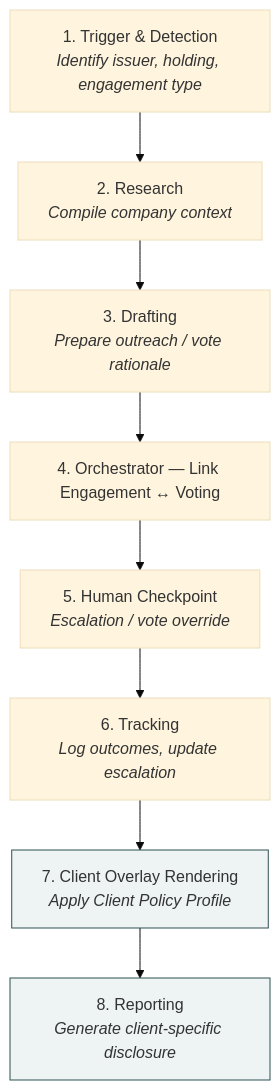
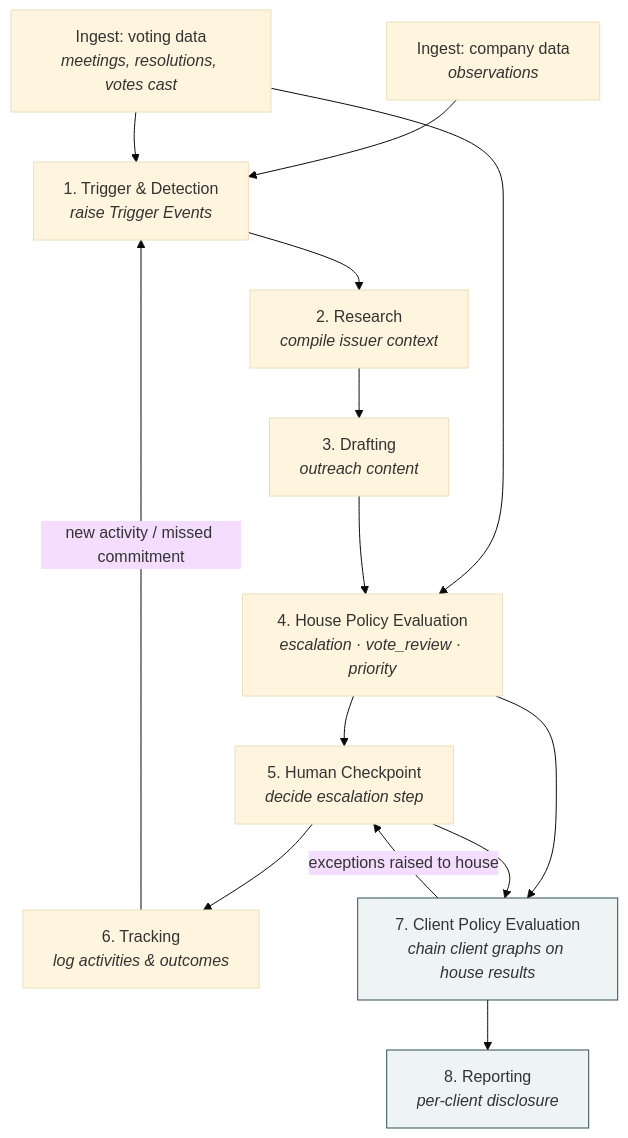
The second of 2 diagrams in docs/STEWARDSHIP_OPERATING_MODEL.md (kutschersteffen-cmd/Agentic-Research-Pipeline), drawn with Mermaid (base theme) before and after one commit. The commit also changed other lines of this file, not shown here.

First line of the commit message:
Docs: redesign stewardship data model around ingested votes and shared rule engine

````diff
--- a/docs/STEWARDSHIP_OPERATING_MODEL.md
+++ b/docs/STEWARDSHIP_OPERATING_MODEL.md
@@ -213,16 +315,26 @@
 ```mermaid
 flowchart TD
-    S1["1. Trigger & Detection<br/><i>Identify issuer, holding, engagement type</i>"]
-    S2["2. Research<br/><i>Compile company context</i>"]
-    S3["3. Drafting<br/><i>Prepare outreach / vote rationale</i>"]
-    S4["4. Orchestrator — Link Engagement ↔ Voting"]
-    S5["5. Human Checkpoint<br/><i>Escalation / vote override</i>"]
-    S6["6. Tracking<br/><i>Log outcomes, update escalation</i>"]
-    S7["7. Client Overlay Rendering<br/><i>Apply Client Policy Profile</i>"]
-    S8["8. Reporting<br/><i>Generate client-specific disclosure</i>"]
+    I1["Ingest: company data<br/><i>observations</i>"]
+    I2["Ingest: voting data<br/><i>meetings, resolutions, votes cast</i>"]
+    S1["1. Trigger & Detection<br/><i>raise Trigger Events</i>"]
+    S2["2. Research<br/><i>compile issuer context</i>"]
+    S3["3. Drafting<br/><i>outreach content</i>"]
+    S4["4. House Policy Evaluation<br/><i>escalation · vote_review · priority</i>"]
+    S5["5. Human Checkpoint<br/><i>decide escalation step</i>"]
+    S6["6. Tracking<br/><i>log activities & outcomes</i>"]
+    S7["7. Client Policy Evaluation<br/><i>chain client graphs on house results</i>"]
+    S8["8. Reporting<br/><i>per-client disclosure</i>"]
 
-    S1 --> S2 --> S3 --> S4 --> S5 --> S6 --> S7 --> S8
+    I1 --> S1
+    I2 --> S1
+    I2 --> S4
+    S1 --> S2 --> S3 --> S4 --> S5 --> S6
+    S6 -- "new activity / missed commitment" --> S1
+    S4 --> S7
+    S5 --> S7
+    S7 -- "exceptions raised to house" --> S5
+    S7 --> S8
 
     style S7 fill:#EEF3F3,stroke:#2F5153
     style S8 fill:#EEF3F3,stroke:#2F5153
 ```
````
